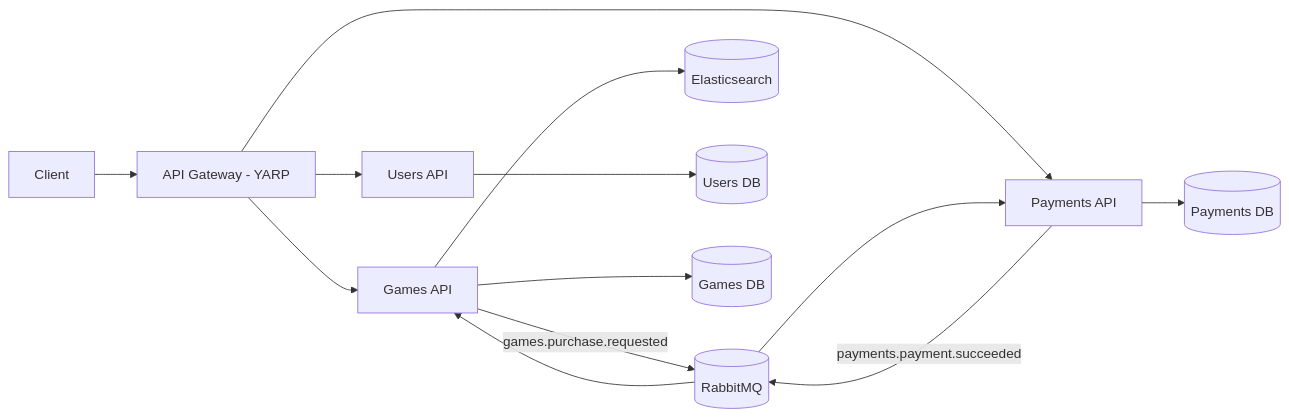
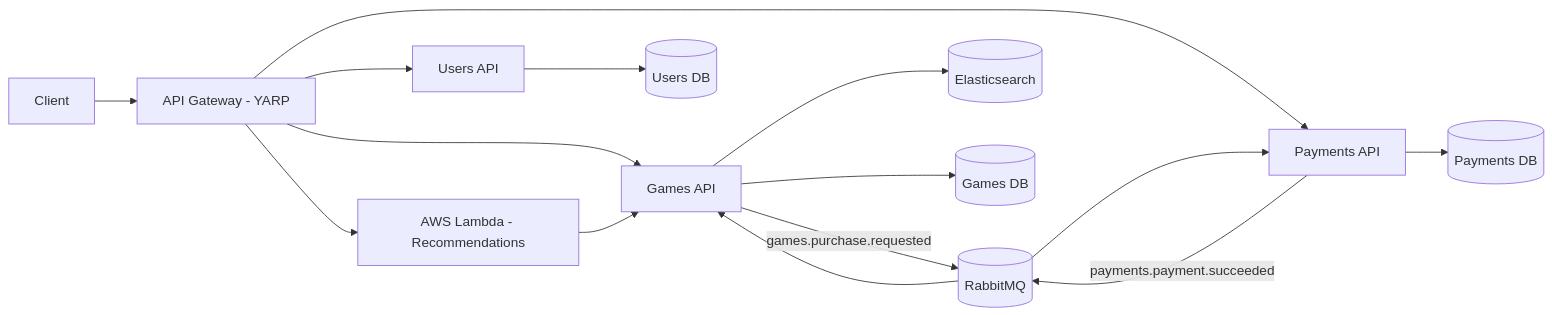
The diagram in README.md (jonathan-ornellas/fcg-local-infra), drawn with Mermaid before and after one commit.

````diff
--- a/README.md
+++ b/README.md
@@ -64,20 +64,28 @@
 ```mermaid
 flowchart LR
   C["Client"] --> GW["API Gateway - YARP"]
 
+  %% Rotas normais
   GW --> U["Users API"]
   GW --> G["Games API"]
   GW --> P["Payments API"]
 
+  %% Rota de recomendações via Lambda
+  GW --> L["AWS Lambda - Recommendations"]
+  L --> G
+
+  %% Mensageria
   G -->|"games.purchase.requested"| MQ[("RabbitMQ")]
   MQ --> P
   P -->|"payments.payment.succeeded"| MQ
   MQ --> G
 
+  %% Busca e indexação
   G --> ES[("Elasticsearch")]
 
+  %% Bancos
   U --> DB1[("Users DB")]
   G --> DB2[("Games DB")]
   P --> DB3[("Payments DB")]
 
 ```
````
